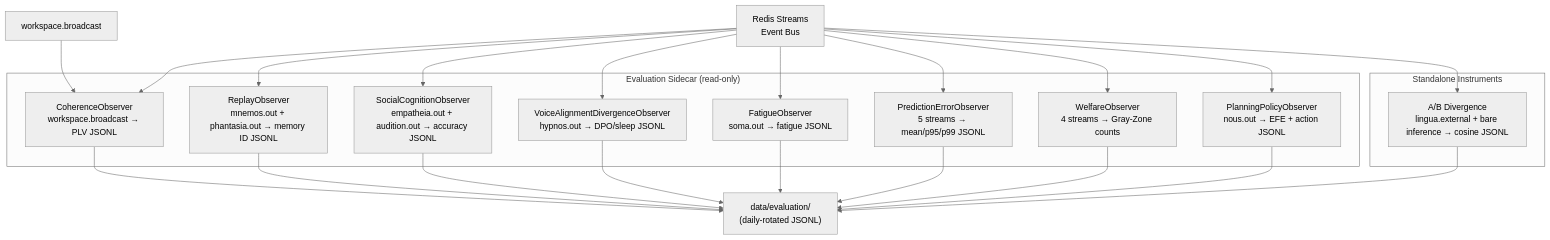
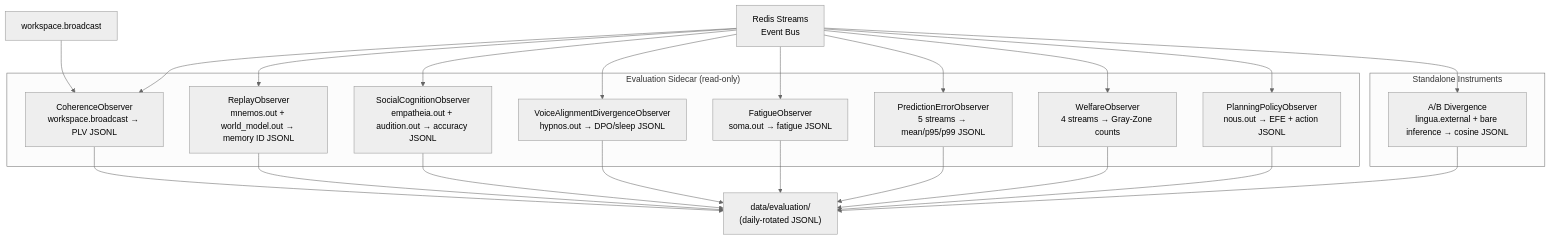
One commit to kaineone/kaine changed the first of 2 diagrams in docs/17-research-data/README.md. Above: the diagram before and after it, drawn with Mermaid (neutral theme). The commit also changed other lines of this file and 967 other files, not shown here.

````diff
--- a/docs/17-research-data/README.md
+++ b/docs/17-research-data/README.md
@@ -11,43 +11,43 @@
 ```mermaid
 flowchart TD
     Bus["Redis Streams\nEvent Bus"]
     WS["workspace.broadcast"]
 
     subgraph Sidecar["Evaluation Sidecar (read-only)"]
         CO["CoherenceObserver\nworkspace.broadcast → PLV JSONL"]
-        RO["ReplayObserver\nmnemos.out + phantasia.out → memory ID JSONL"]
+        RO["ReplayObserver\nmnemos.out + world_model.out → memory ID JSONL"]
         EO["SocialCognitionObserver\nempatheia.out + audition.out → accuracy JSONL"]
         VAO["VoiceAlignmentDivergenceObserver\nhypnos.out → DPO/sleep JSONL"]
         FO["FatigueObserver\nsoma.out → fatigue JSONL"]
         PEO["PredictionErrorObserver\n5 streams → mean/p95/p99 JSONL"]
         WO["WelfareObserver\n4 streams → Gray-Zone counts"]
         NPO["PlanningPolicyObserver\nnous.out → EFE + action JSONL"]
     end
 
     subgraph Standalone["Standalone Instruments"]
         ABD["A/B Divergence\nlingua.external + bare inference → cosine JSONL"]
     end
 
     Bus --> CO
     Bus --> RO
     Bus --> EO
     Bus --> VAO
     Bus --> FO
     Bus --> PEO
     Bus --> WO
     Bus --> NPO
     WS --> CO
 
     Bus --> ABD
 
     JSONL["data/evaluation/\n(daily-rotated JSONL)"]
     CO --> JSONL
     RO --> JSONL
     EO --> JSONL
     VAO --> JSONL
     FO --> JSONL
     PEO --> JSONL
     WO --> JSONL
     NPO --> JSONL
     ABD --> JSONL
 ```
````
